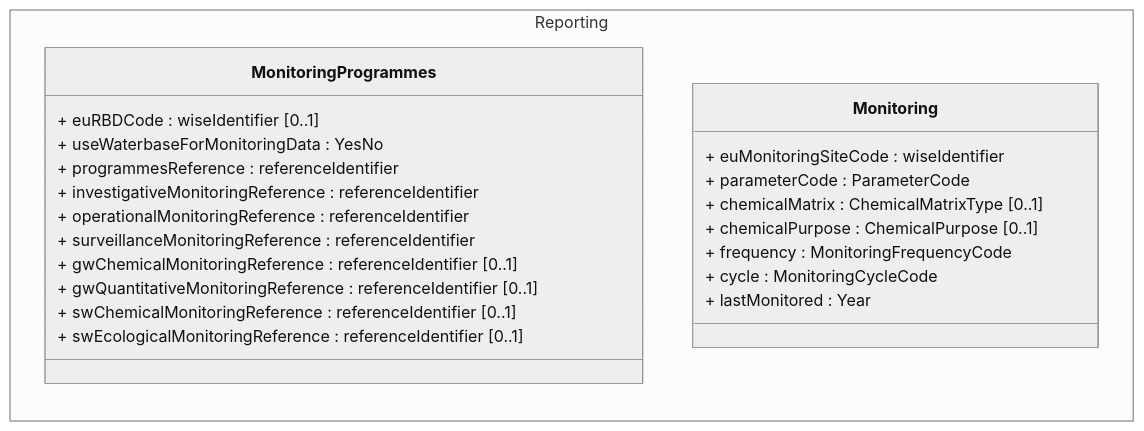
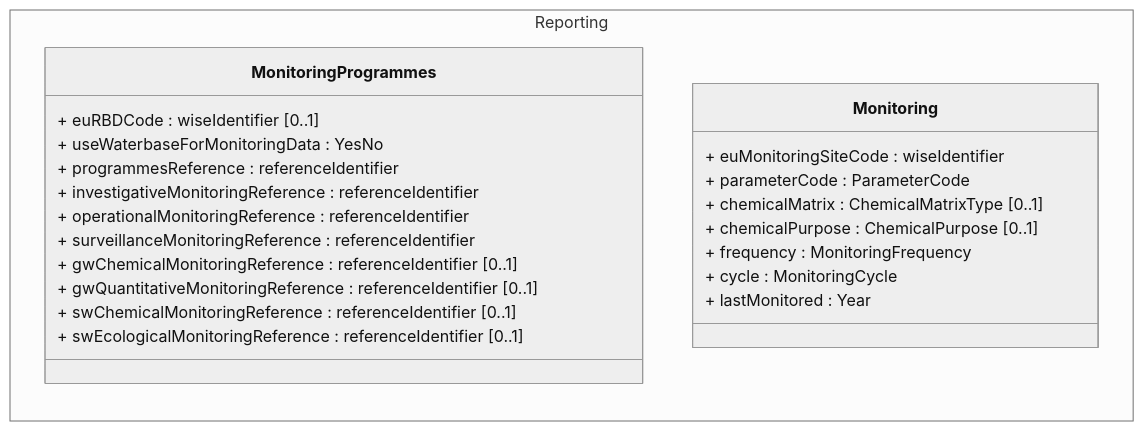
The first of 2 diagrams in docs/DataModelReview/WFDMonitoring.md (eeadata/WISE.WFD.Documentation), drawn with Mermaid before and after one commit. The commit also changed other lines of this file, not shown here.

Commit message:
Update to the monitoring codelists #303004

````diff
--- a/docs/DataModelReview/WFDMonitoring.md
+++ b/docs/DataModelReview/WFDMonitoring.md
@@ -132,36 +132,36 @@
 ```{mermaid}
 :name: DescriptiveMonitoring4thcycle
 :caption:  Descriptive data - Monitoring - 4ᵗʰ cycle
 :align: center
 :zoom:
 %%{init: {'theme': 'neutral'}}%%
 classDiagram
 direction LR
 
 namespace Reporting{
 
   class MonitoringProgrammes{
     + euRBDCode : wiseIdentifier [0..1]
     + useWaterbaseForMonitoringData : YesNo
     + programmesReference : referenceIdentifier
     + investigativeMonitoringReference : referenceIdentifier
     + operationalMonitoringReference : referenceIdentifier
     + surveillanceMonitoringReference : referenceIdentifier
     + gwChemicalMonitoringReference : referenceIdentifier [0..1]
     + gwQuantitativeMonitoringReference : referenceIdentifier [0..1]
     + swChemicalMonitoringReference : referenceIdentifier [0..1]
     + swEcologicalMonitoringReference : referenceIdentifier [0..1]
   }
 
   class Monitoring{
     + euMonitoringSiteCode : wiseIdentifier
     + parameterCode : ParameterCode
     + chemicalMatrix : ChemicalMatrixType [0..1]
     + chemicalPurpose : ChemicalPurpose [0..1]
-    + frequency : MonitoringFrequencyCode
-    + cycle : MonitoringCycleCode
+    + frequency : MonitoringFrequency
+    + cycle : MonitoringCycle
     + lastMonitored : Year
   }
 }
 
 ```
````
